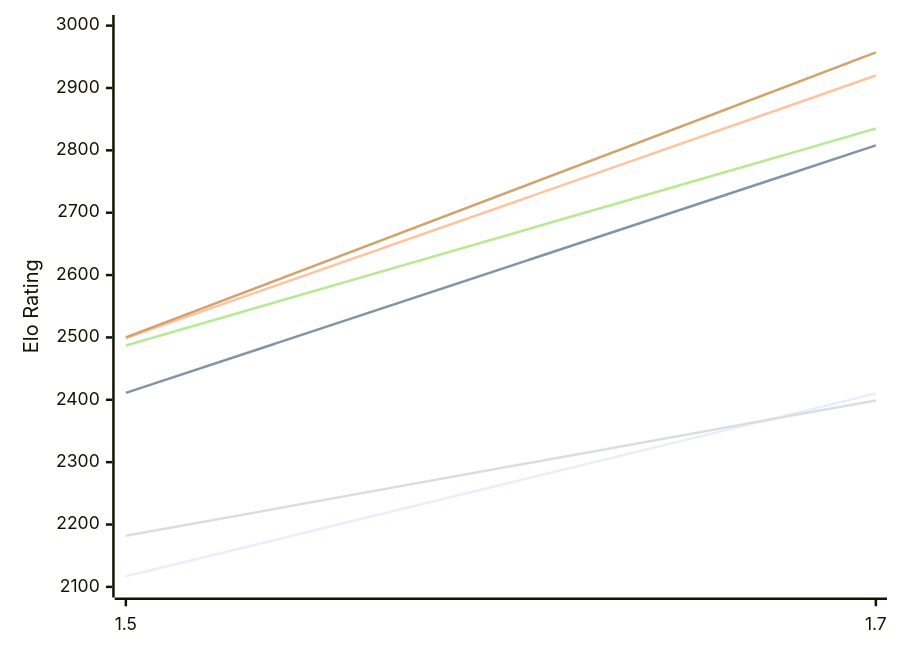
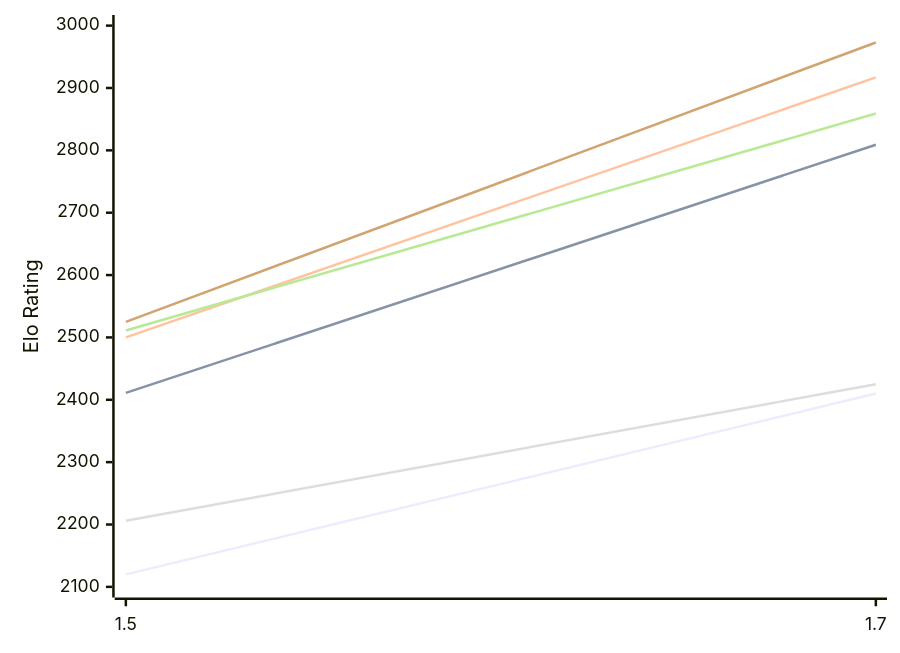
The first of 2 diagrams in engines/Facon.md (computer-chess-index/cci), drawn with Mermaid before and after one commit. The commit also changed other lines of this file, not shown here.

Commit message:
Update CCI Ratings (ELO VLTC) - 2026-11-04

````diff
--- a/engines/Facon.md
+++ b/engines/Facon.md
@@ -52,12 +52,12 @@
 ```mermaid
 %%{init: {"theme":"base","themeVariables":{"seriesColors:['#a3a3a3','#222221','#faa371']}}}%%
 xychart-beta
   x-axis ["1.5", "1.7"]
   y-axis "Elo Rating" 2100 --> 3000
-  line "E1: STC (8.0+0.08s)" [2117, 2410]
-  line "E1: LTC (60.0+0.60s)" [2411, 2808]
-  line "E1: VLTC (2m24s+1.12s)" [2499, 2920]
-  line "P1: STC (8.0+0.08s)" [2182, 2399]
-  line "P1: LTC (60.0+0.60s)" [2487, 2835]
-  line "P1: VLTC (2m24s+1.12s)" [2500, 2957]
+  line "E1: STC (8.0+0.08s)" [2120, 2410]
+  line "E1: LTC (60.0+0.60s)" [2411, 2809]
+  line "E1: VLTC (2m24s+1.12s)" [2500, 2917]
+  line "P1: STC (8.0+0.08s)" [2206, 2425]
+  line "P1: LTC (60.0+0.60s)" [2511, 2859]
+  line "P1: VLTC (2m24s+1.12s)" [2525, 2973]
 ```
````
